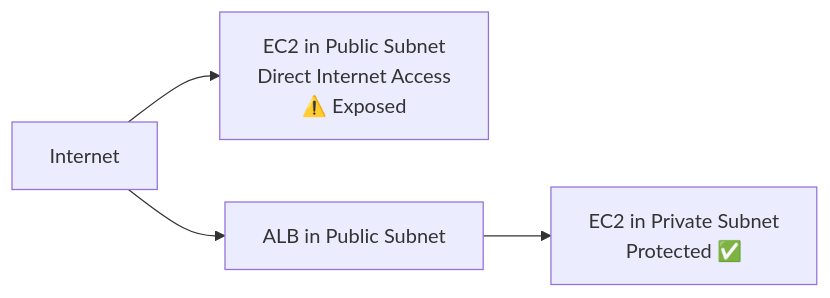
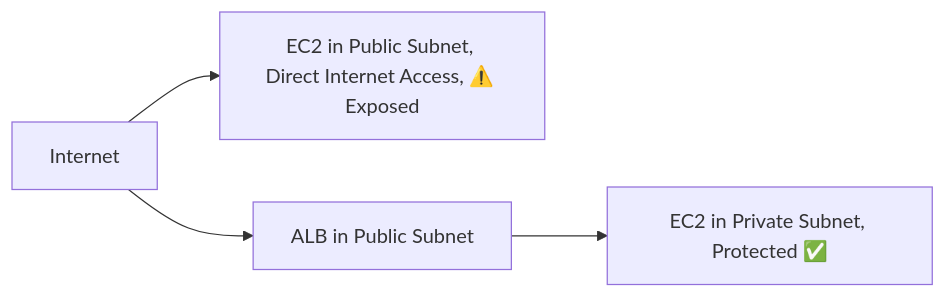
One commit to DeeptiShuklaProject/Uday_AWS changed the fourth of 5 diagrams in Chapter_04_Amazon_VPC.md. Above: the diagram before and after it, drawn with Mermaid. The commit also changed other lines of this file and 34 other files, not shown here.

Commit message:
Fix mermaid diagrams syntax across all chapters (quote labels and remove HTML)

````diff
--- a/Chapter_04_Amazon_VPC.md
+++ b/Chapter_04_Amazon_VPC.md
@@ -1189,5 +1189,5 @@
 ```mermaid
 flowchart LR
-    Internet[Internet] --> PubEC2[EC2 in Public Subnet<br>Direct Internet Access<br>⚠️ Exposed]
-    Internet --> ALB[ALB in Public Subnet] --> PrivEC2[EC2 in Private Subnet<br>Protected ✅]
+    Internet[Internet] --> PubEC2["EC2 in Public Subnet, Direct Internet Access, ⚠️ Exposed"]
+    Internet --> ALB[ALB in Public Subnet] --> PrivEC2["EC2 in Private Subnet, Protected ✅"]
 ```
````
